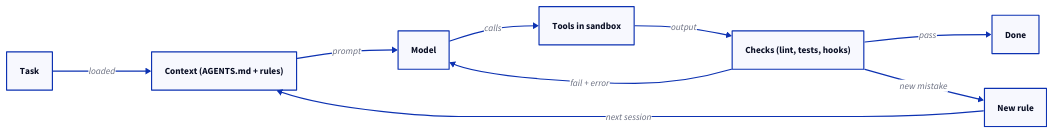
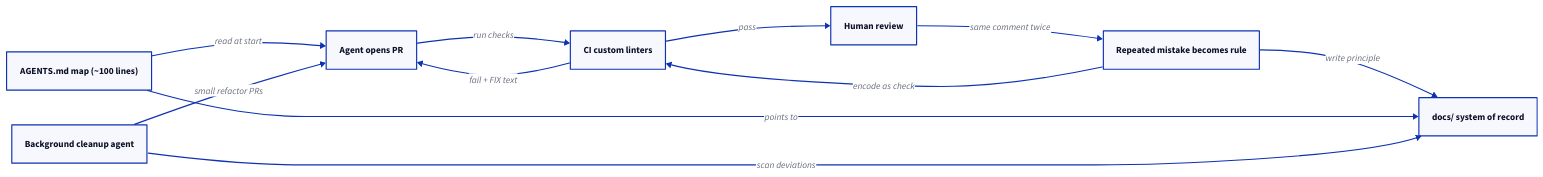
Before and after one commit to kobyal/ai-news-briefing: the diagram in blog/public/posts/harness-engineering/diagram.d2, drawn with D2. The commit also changed 336 other files, not shown here.

```diff
--- a/blog/public/posts/harness-engineering/diagram.d2
+++ b/blog/public/posts/harness-engineering/diagram.d2
@@ -1,16 +1,18 @@
 direction: right
-task: Task
-context: Context (AGENTS.md + rules)
-model: Model
-tools: Tools in sandbox
-checks: Checks (lint, tests, hooks)
-done: Done
-rules: New rule
-task -> context: loaded
-context -> model: prompt
-model -> tools: calls
-tools -> checks: output
-checks -> done: pass
-checks -> model: fail + error
-checks -> rules: new mistake
-rules -> context: next session
+agent: Agent opens PR
+ci: CI custom linters
+review: Human review
+rule: Repeated mistake becomes rule
+map: AGENTS.md map (~100 lines)
+docs: docs/ system of record
+gc: Background cleanup agent
+agent -> ci: run checks
+ci -> agent: fail + FIX text
+ci -> review: pass
+review -> rule: same comment twice
+rule -> ci: encode as check
+rule -> docs: write principle
+map -> docs: points to
+map -> agent: read at start
+gc -> docs: scan deviations
+gc -> agent: small refactor PRs
```
